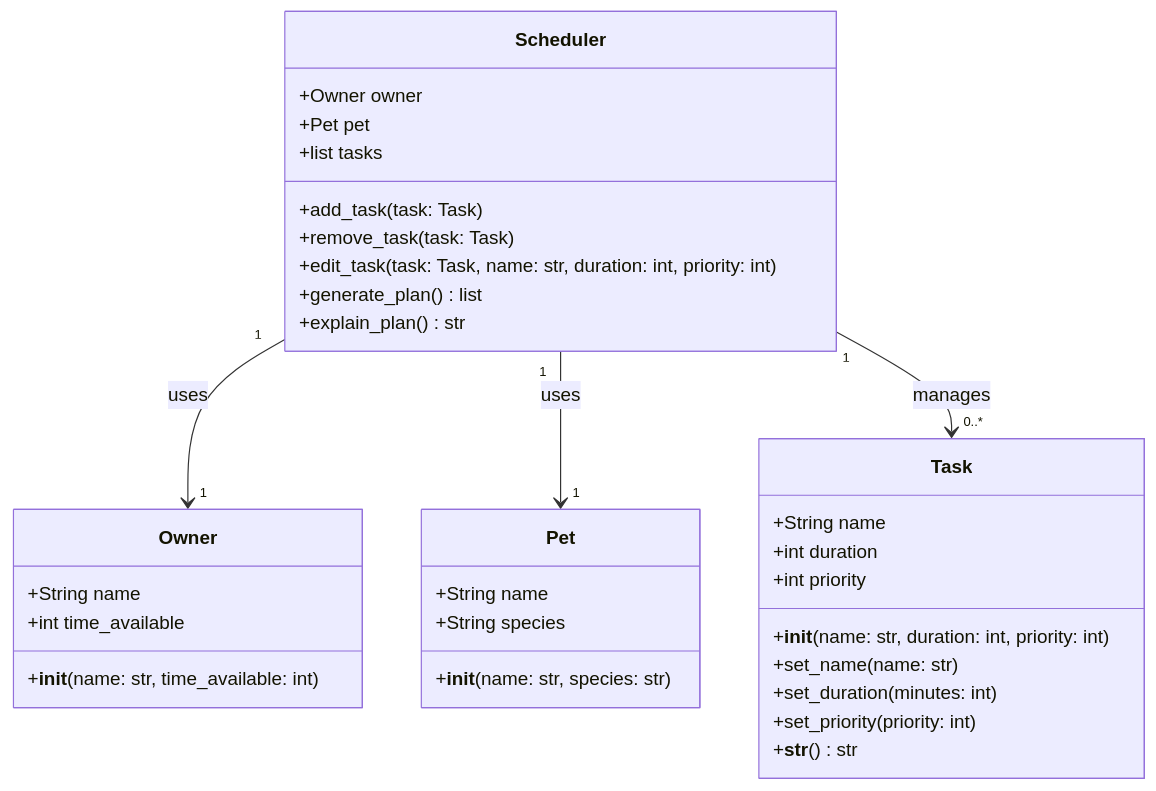
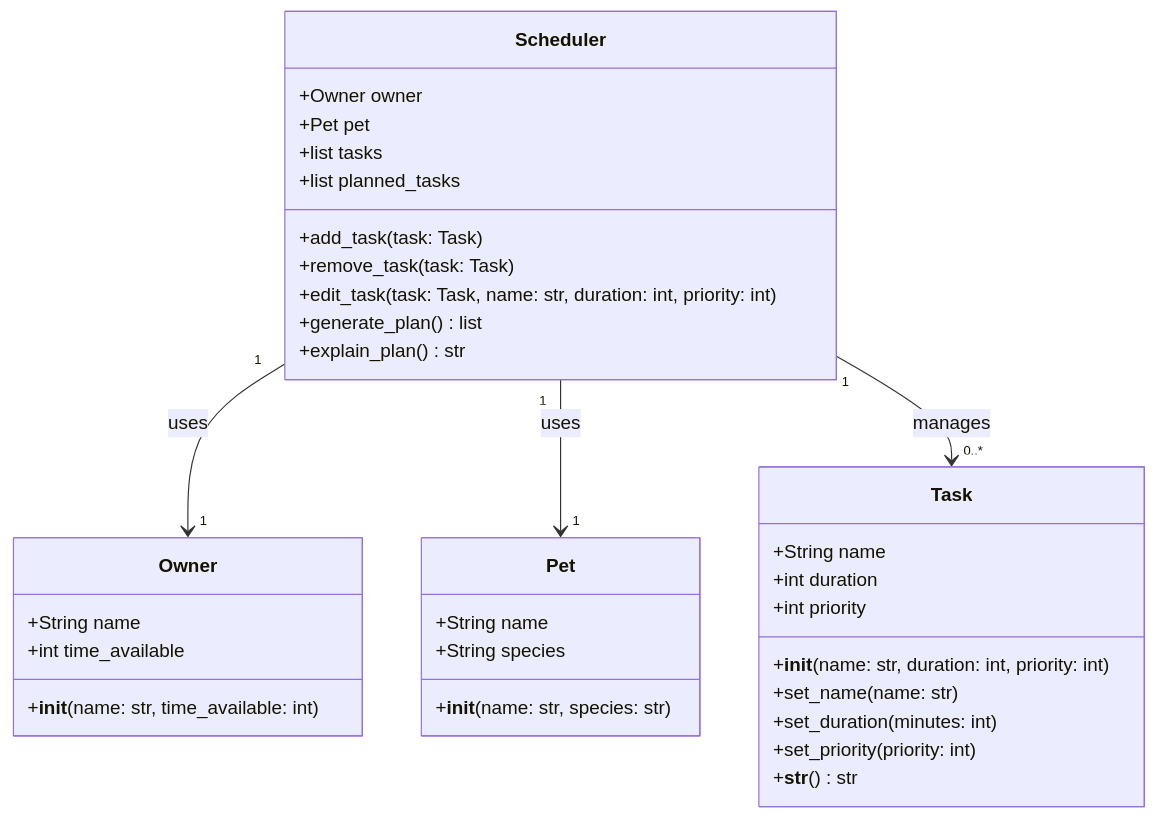
One commit to gbw30/ai110-module2show-pawpal-starter changed the diagram in initial_design.md. Above: the diagram before and after it, drawn with Mermaid. The commit also changed 2 other files, not shown here.

Commit message:
update: fixed missing relation in the project design

````diff
--- a/initial_design.md
+++ b/initial_design.md
@@ -5,40 +5,41 @@
 ```mermaid
 classDiagram
     class Owner {
         +String name
         +int time_available
         +__init__(name: str, time_available: int)
     }
 
     class Pet {
         +String name
         +String species
         +__init__(name: str, species: str)
     }
 
     class Task {
         +String name
         +int duration
         +int priority
         +__init__(name: str, duration: int, priority: int)
         +set_name(name: str)
         +set_duration(minutes: int)
         +set_priority(priority: int)
         +__str__() str
     }
 
     class Scheduler {
         +Owner owner
         +Pet pet
         +list tasks
+        +list planned_tasks
         +add_task(task: Task)
         +remove_task(task: Task)
         +edit_task(task: Task, name: str, duration: int, priority: int)
         +generate_plan() list
         +explain_plan() str
     }
 
     Scheduler "1" --> "1" Owner : uses
     Scheduler "1" --> "1" Pet : uses
     Scheduler "1" --> "0..*" Task : manages
 ```
````
